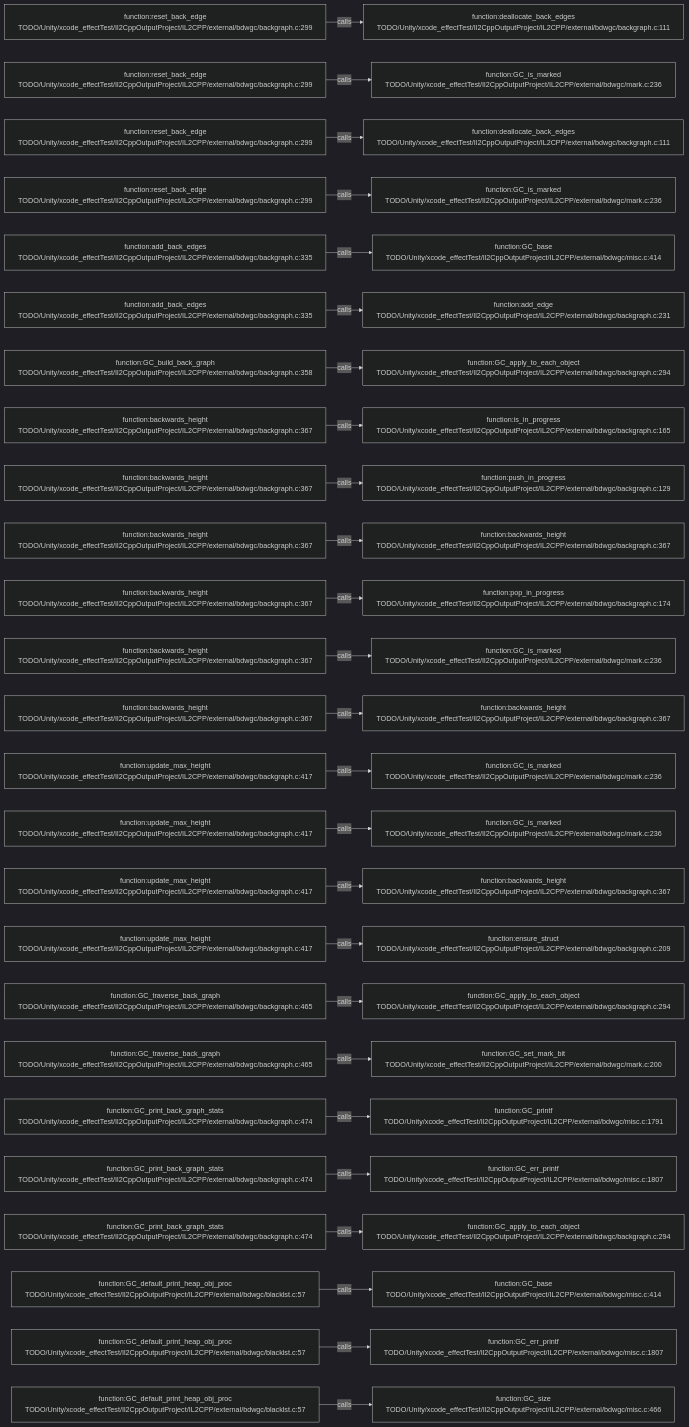
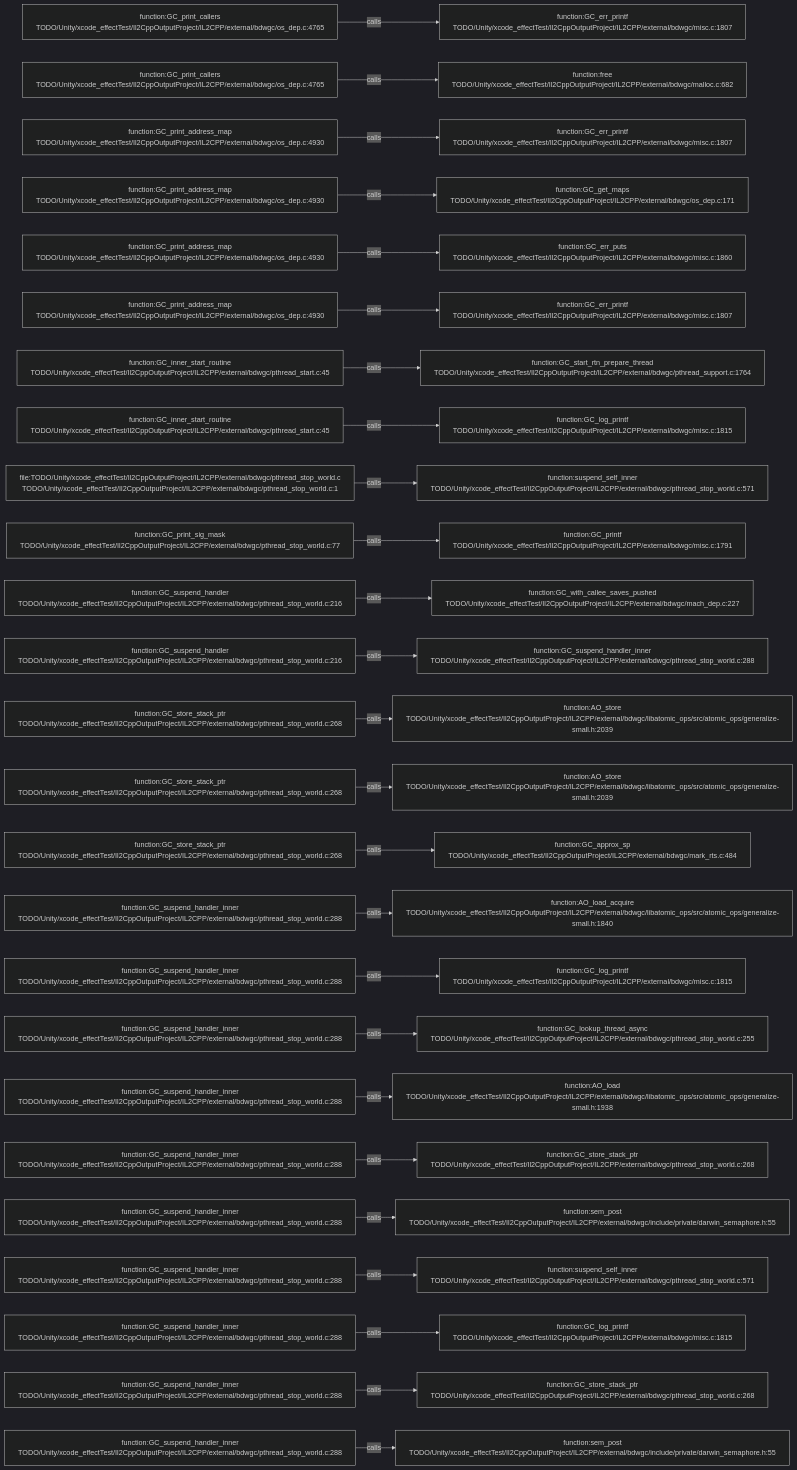
The diagram in .codegraph/codegraph.md/graphs/calls-148.md (JobsKits/JobsSwiftBaseConfigDemo), drawn with Mermaid (dark theme) before and after one commit. The commit also changed 227 other files, not shown here.

````diff
--- a/.codegraph/codegraph.md/graphs/calls-148.md
+++ b/.codegraph/codegraph.md/graphs/calls-148.md
@@ -13,78 +13,78 @@
 ```mermaid
 flowchart LR
-  S1["function:reset_back_edge<br/>TODO/Unity/xcode_effectTest/Il2CppOutputProject/IL2CPP/external/bdwgc/backgraph.c:299"]
-  T1["function:deallocate_back_edges<br/>TODO/Unity/xcode_effectTest/Il2CppOutputProject/IL2CPP/external/bdwgc/backgraph.c:111"]
+  S1["function:GC_print_callers<br/>TODO/Unity/xcode_effectTest/Il2CppOutputProject/IL2CPP/external/bdwgc/os_dep.c:4765"]
+  T1["function:GC_err_printf<br/>TODO/Unity/xcode_effectTest/Il2CppOutputProject/IL2CPP/external/bdwgc/misc.c:1807"]
   S1 -->|calls| T1
-  S2["function:reset_back_edge<br/>TODO/Unity/xcode_effectTest/Il2CppOutputProject/IL2CPP/external/bdwgc/backgraph.c:299"]
-  T2["function:GC_is_marked<br/>TODO/Unity/xcode_effectTest/Il2CppOutputProject/IL2CPP/external/bdwgc/mark.c:236"]
+  S2["function:GC_print_callers<br/>TODO/Unity/xcode_effectTest/Il2CppOutputProject/IL2CPP/external/bdwgc/os_dep.c:4765"]
+  T2["function:free<br/>TODO/Unity/xcode_effectTest/Il2CppOutputProject/IL2CPP/external/bdwgc/malloc.c:682"]
   S2 -->|calls| T2
-  S3["function:reset_back_edge<br/>TODO/Unity/xcode_effectTest/Il2CppOutputProject/IL2CPP/external/bdwgc/backgraph.c:299"]
-  T3["function:deallocate_back_edges<br/>TODO/Unity/xcode_effectTest/Il2CppOutputProject/IL2CPP/external/bdwgc/backgraph.c:111"]
+  S3["function:GC_print_address_map<br/>TODO/Unity/xcode_effectTest/Il2CppOutputProject/IL2CPP/external/bdwgc/os_dep.c:4930"]
+  T3["function:GC_err_printf<br/>TODO/Unity/xcode_effectTest/Il2CppOutputProject/IL2CPP/external/bdwgc/misc.c:1807"]
   S3 -->|calls| T3
-  S4["function:reset_back_edge<br/>TODO/Unity/xcode_effectTest/Il2CppOutputProject/IL2CPP/external/bdwgc/backgraph.c:299"]
-  T4["function:GC_is_marked<br/>TODO/Unity/xcode_effectTest/Il2CppOutputProject/IL2CPP/external/bdwgc/mark.c:236"]
+  S4["function:GC_print_address_map<br/>TODO/Unity/xcode_effectTest/Il2CppOutputProject/IL2CPP/external/bdwgc/os_dep.c:4930"]
+  T4["function:GC_get_maps<br/>TODO/Unity/xcode_effectTest/Il2CppOutputProject/IL2CPP/external/bdwgc/os_dep.c:171"]
   S4 -->|calls| T4
-  S5["function:add_back_edges<br/>TODO/Unity/xcode_effectTest/Il2CppOutputProject/IL2CPP/external/bdwgc/backgraph.c:335"]
-  T5["function:GC_base<br/>TODO/Unity/xcode_effectTest/Il2CppOutputProject/IL2CPP/external/bdwgc/misc.c:414"]
+  S5["function:GC_print_address_map<br/>TODO/Unity/xcode_effectTest/Il2CppOutputProject/IL2CPP/external/bdwgc/os_dep.c:4930"]
+  T5["function:GC_err_puts<br/>TODO/Unity/xcode_effectTest/Il2CppOutputProject/IL2CPP/external/bdwgc/misc.c:1860"]
   S5 -->|calls| T5
-  S6["function:add_back_edges<br/>TODO/Unity/xcode_effectTest/Il2CppOutputProject/IL2CPP/external/bdwgc/backgraph.c:335"]
-  T6["function:add_edge<br/>TODO/Unity/xcode_effectTest/Il2CppOutputProject/IL2CPP/external/bdwgc/backgraph.c:231"]
+  S6["function:GC_print_address_map<br/>TODO/Unity/xcode_effectTest/Il2CppOutputProject/IL2CPP/external/bdwgc/os_dep.c:4930"]
+  T6["function:GC_err_printf<br/>TODO/Unity/xcode_effectTest/Il2CppOutputProject/IL2CPP/external/bdwgc/misc.c:1807"]
   S6 -->|calls| T6
-  S7["function:GC_build_back_graph<br/>TODO/Unity/xcode_effectTest/Il2CppOutputProject/IL2CPP/external/bdwgc/backgraph.c:358"]
-  T7["function:GC_apply_to_each_object<br/>TODO/Unity/xcode_effectTest/Il2CppOutputProject/IL2CPP/external/bdwgc/backgraph.c:294"]
+  S7["function:GC_inner_start_routine<br/>TODO/Unity/xcode_effectTest/Il2CppOutputProject/IL2CPP/external/bdwgc/pthread_start.c:45"]
+  T7["function:GC_start_rtn_prepare_thread<br/>TODO/Unity/xcode_effectTest/Il2CppOutputProject/IL2CPP/external/bdwgc/pthread_support.c:1764"]
   S7 -->|calls| T7
-  S8["function:backwards_height<br/>TODO/Unity/xcode_effectTest/Il2CppOutputProject/IL2CPP/external/bdwgc/backgraph.c:367"]
-  T8["function:is_in_progress<br/>TODO/Unity/xcode_effectTest/Il2CppOutputProject/IL2CPP/external/bdwgc/backgraph.c:165"]
+  S8["function:GC_inner_start_routine<br/>TODO/Unity/xcode_effectTest/Il2CppOutputProject/IL2CPP/external/bdwgc/pthread_start.c:45"]
+  T8["function:GC_log_printf<br/>TODO/Unity/xcode_effectTest/Il2CppOutputProject/IL2CPP/external/bdwgc/misc.c:1815"]
   S8 -->|calls| T8
-  S9["function:backwards_height<br/>TODO/Unity/xcode_effectTest/Il2CppOutputProject/IL2CPP/external/bdwgc/backgraph.c:367"]
-  T9["function:push_in_progress<br/>TODO/Unity/xcode_effectTest/Il2CppOutputProject/IL2CPP/external/bdwgc/backgraph.c:129"]
+  S9["file:TODO/Unity/xcode_effectTest/Il2CppOutputProject/IL2CPP/external/bdwgc/pthread_stop_world.c<br/>TODO/Unity/xcode_effectTest/Il2CppOutputProject/IL2CPP/external/bdwgc/pthread_stop_world.c:1"]
+  T9["function:suspend_self_inner<br/>TODO/Unity/xcode_effectTest/Il2CppOutputProject/IL2CPP/external/bdwgc/pthread_stop_world.c:571"]
   S9 -->|calls| T9
-  S10["function:backwards_height<br/>TODO/Unity/xcode_effectTest/Il2CppOutputProject/IL2CPP/external/bdwgc/backgraph.c:367"]
-  T10["function:backwards_height<br/>TODO/Unity/xcode_effectTest/Il2CppOutputProject/IL2CPP/external/bdwgc/backgraph.c:367"]
+  S10["function:GC_print_sig_mask<br/>TODO/Unity/xcode_effectTest/Il2CppOutputProject/IL2CPP/external/bdwgc/pthread_stop_world.c:77"]
+  T10["function:GC_printf<br/>TODO/Unity/xcode_effectTest/Il2CppOutputProject/IL2CPP/external/bdwgc/misc.c:1791"]
   S10 -->|calls| T10
-  S11["function:backwards_height<br/>TODO/Unity/xcode_effectTest/Il2CppOutputProject/IL2CPP/external/bdwgc/backgraph.c:367"]
-  T11["function:pop_in_progress<br/>TODO/Unity/xcode_effectTest/Il2CppOutputProject/IL2CPP/external/bdwgc/backgraph.c:174"]
+  S11["function:GC_suspend_handler<br/>TODO/Unity/xcode_effectTest/Il2CppOutputProject/IL2CPP/external/bdwgc/pthread_stop_world.c:216"]
+  T11["function:GC_with_callee_saves_pushed<br/>TODO/Unity/xcode_effectTest/Il2CppOutputProject/IL2CPP/external/bdwgc/mach_dep.c:227"]
   S11 -->|calls| T11
-  S12["function:backwards_height<br/>TODO/Unity/xcode_effectTest/Il2CppOutputProject/IL2CPP/external/bdwgc/backgraph.c:367"]
-  T12["function:GC_is_marked<br/>TODO/Unity/xcode_effectTest/Il2CppOutputProject/IL2CPP/external/bdwgc/mark.c:236"]
+  S12["function:GC_suspend_handler<br/>TODO/Unity/xcode_effectTest/Il2CppOutputProject/IL2CPP/external/bdwgc/pthread_stop_world.c:216"]
+  T12["function:GC_suspend_handler_inner<br/>TODO/Unity/xcode_effectTest/Il2CppOutputProject/IL2CPP/external/bdwgc/pthread_stop_world.c:288"]
   S12 -->|calls| T12
-  S13["function:backwards_height<br/>TODO/Unity/xcode_effectTest/Il2CppOutputProject/IL2CPP/external/bdwgc/backgraph.c:367"]
-  T13["function:backwards_height<br/>TODO/Unity/xcode_effectTest/Il2CppOutputProject/IL2CPP/external/bdwgc/backgraph.c:367"]
+  S13["function:GC_store_stack_ptr<br/>TODO/Unity/xcode_effectTest/Il2CppOutputProject/IL2CPP/external/bdwgc/pthread_stop_world.c:268"]
+  T13["function:AO_store<br/>TODO/Unity/xcode_effectTest/Il2CppOutputProject/IL2CPP/external/bdwgc/libatomic_ops/src/atomic_ops/generalize-small.h:2039"]
   S13 -->|calls| T13
-  S14["function:update_max_height<br/>TODO/Unity/xcode_effectTest/Il2CppOutputProject/IL2CPP/external/bdwgc/backgraph.c:417"]
-  T14["function:GC_is_marked<br/>TODO/Unity/xcode_effectTest/Il2CppOutputProject/IL2CPP/external/bdwgc/mark.c:236"]
+  S14["function:GC_store_stack_ptr<br/>TODO/Unity/xcode_effectTest/Il2CppOutputProject/IL2CPP/external/bdwgc/pthread_stop_world.c:268"]
+  T14["function:AO_store<br/>TODO/Unity/xcode_effectTest/Il2CppOutputProject/IL2CPP/external/bdwgc/libatomic_ops/src/atomic_ops/generalize-small.h:2039"]
   S14 -->|calls| T14
-  S15["function:update_max_height<br/>TODO/Unity/xcode_effectTest/Il2CppOutputProject/IL2CPP/external/bdwgc/backgraph.c:417"]
-  T15["function:GC_is_marked<br/>TODO/Unity/xcode_effectTest/Il2CppOutputProject/IL2CPP/external/bdwgc/mark.c:236"]
+  S15["function:GC_store_stack_ptr<br/>TODO/Unity/xcode_effectTest/Il2CppOutputProject/IL2CPP/external/bdwgc/pthread_stop_world.c:268"]
+  T15["function:GC_approx_sp<br/>TODO/Unity/xcode_effectTest/Il2CppOutputProject/IL2CPP/external/bdwgc/mark_rts.c:484"]
   S15 -->|calls| T15
-  S16["function:update_max_height<br/>TODO/Unity/xcode_effectTest/Il2CppOutputProject/IL2CPP/external/bdwgc/backgraph.c:417"]
-  T16["function:backwards_height<br/>TODO/Unity/xcode_effectTest/Il2CppOutputProject/IL2CPP/external/bdwgc/backgraph.c:367"]
+  S16["function:GC_suspend_handler_inner<br/>TODO/Unity/xcode_effectTest/Il2CppOutputProject/IL2CPP/external/bdwgc/pthread_stop_world.c:288"]
+  T16["function:AO_load_acquire<br/>TODO/Unity/xcode_effectTest/Il2CppOutputProject/IL2CPP/external/bdwgc/libatomic_ops/src/atomic_ops/generalize-small.h:1840"]
   S16 -->|calls| T16
-  S17["function:update_max_height<br/>TODO/Unity/xcode_effectTest/Il2CppOutputProject/IL2CPP/external/bdwgc/backgraph.c:417"]
-  T17["function:ensure_struct<br/>TODO/Unity/xcode_effectTest/Il2CppOutputProject/IL2CPP/external/bdwgc/backgraph.c:209"]
+  S17["function:GC_suspend_handler_inner<br/>TODO/Unity/xcode_effectTest/Il2CppOutputProject/IL2CPP/external/bdwgc/pthread_stop_world.c:288"]
+  T17["function:GC_log_printf<br/>TODO/Unity/xcode_effectTest/Il2CppOutputProject/IL2CPP/external/bdwgc/misc.c:1815"]
   S17 -->|calls| T17
-  S18["function:GC_traverse_back_graph<br/>TODO/Unity/xcode_effectTest/Il2CppOutputProject/IL2CPP/external/bdwgc/backgraph.c:465"]
-  T18["function:GC_apply_to_each_object<br/>TODO/Unity/xcode_effectTest/Il2CppOutputProject/IL2CPP/external/bdwgc/backgraph.c:294"]
+  S18["function:GC_suspend_handler_inner<br/>TODO/Unity/xcode_effectTest/Il2CppOutputProject/IL2CPP/external/bdwgc/pthread_stop_world.c:288"]
+  T18["function:GC_lookup_thread_async<br/>TODO/Unity/xcode_effectTest/Il2CppOutputProject/IL2CPP/external/bdwgc/pthread_stop_world.c:255"]
   S18 -->|calls| T18
-  S19["function:GC_traverse_back_graph<br/>TODO/Unity/xcode_effectTest/Il2CppOutputProject/IL2CPP/external/bdwgc/backgraph.c:465"]
-  T19["function:GC_set_mark_bit<br/>TODO/Unity/xcode_effectTest/Il2CppOutputProject/IL2CPP/external/bdwgc/mark.c:200"]
+  S19["function:GC_suspend_handler_inner<br/>TODO/Unity/xcode_effectTest/Il2CppOutputProject/IL2CPP/external/bdwgc/pthread_stop_world.c:288"]
+  T19["function:AO_load<br/>TODO/Unity/xcode_effectTest/Il2CppOutputProject/IL2CPP/external/bdwgc/libatomic_ops/src/atomic_ops/generalize-small.h:1938"]
   S19 -->|calls| T19
-  S20["function:GC_print_back_graph_stats<br/>TODO/Unity/xcode_effectTest/Il2CppOutputProject/IL2CPP/external/bdwgc/backgraph.c:474"]
-  T20["function:GC_printf<br/>TODO/Unity/xcode_effectTest/Il2CppOutputProject/IL2CPP/external/bdwgc/misc.c:1791"]
+  S20["function:GC_suspend_handler_inner<br/>TODO/Unity/xcode_effectTest/Il2CppOutputProject/IL2CPP/external/bdwgc/pthread_stop_world.c:288"]
+  T20["function:GC_store_stack_ptr<br/>TODO/Unity/xcode_effectTest/Il2CppOutputProject/IL2CPP/external/bdwgc/pthread_stop_world.c:268"]
   S20 -->|calls| T20
-  S21["function:GC_print_back_graph_stats<br/>TODO/Unity/xcode_effectTest/Il2CppOutputProject/IL2CPP/external/bdwgc/backgraph.c:474"]
-  T21["function:GC_err_printf<br/>TODO/Unity/xcode_effectTest/Il2CppOutputProject/IL2CPP/external/bdwgc/misc.c:1807"]
+  S21["function:GC_suspend_handler_inner<br/>TODO/Unity/xcode_effectTest/Il2CppOutputProject/IL2CPP/external/bdwgc/pthread_stop_world.c:288"]
+  T21["function:sem_post<br/>TODO/Unity/xcode_effectTest/Il2CppOutputProject/IL2CPP/external/bdwgc/include/private/darwin_semaphore.h:55"]
   S21 -->|calls| T21
-  S22["function:GC_print_back_graph_stats<br/>TODO/Unity/xcode_effectTest/Il2CppOutputProject/IL2CPP/external/bdwgc/backgraph.c:474"]
-  T22["function:GC_apply_to_each_object<br/>TODO/Unity/xcode_effectTest/Il2CppOutputProject/IL2CPP/external/bdwgc/backgraph.c:294"]
+  S22["function:GC_suspend_handler_inner<br/>TODO/Unity/xcode_effectTest/Il2CppOutputProject/IL2CPP/external/bdwgc/pthread_stop_world.c:288"]
+  T22["function:suspend_self_inner<br/>TODO/Unity/xcode_effectTest/Il2CppOutputProject/IL2CPP/external/bdwgc/pthread_stop_world.c:571"]
   S22 -->|calls| T22
-  S23["function:GC_default_print_heap_obj_proc<br/>TODO/Unity/xcode_effectTest/Il2CppOutputProject/IL2CPP/external/bdwgc/blacklst.c:57"]
-  T23["function:GC_base<br/>TODO/Unity/xcode_effectTest/Il2CppOutputProject/IL2CPP/external/bdwgc/misc.c:414"]
+  S23["function:GC_suspend_handler_inner<br/>TODO/Unity/xcode_effectTest/Il2CppOutputProject/IL2CPP/external/bdwgc/pthread_stop_world.c:288"]
+  T23["function:GC_log_printf<br/>TODO/Unity/xcode_effectTest/Il2CppOutputProject/IL2CPP/external/bdwgc/misc.c:1815"]
   S23 -->|calls| T23
-  S24["function:GC_default_print_heap_obj_proc<br/>TODO/Unity/xcode_effectTest/Il2CppOutputProject/IL2CPP/external/bdwgc/blacklst.c:57"]
-  T24["function:GC_err_printf<br/>TODO/Unity/xcode_effectTest/Il2CppOutputProject/IL2CPP/external/bdwgc/misc.c:1807"]
+  S24["function:GC_suspend_handler_inner<br/>TODO/Unity/xcode_effectTest/Il2CppOutputProject/IL2CPP/external/bdwgc/pthread_stop_world.c:288"]
+  T24["function:GC_store_stack_ptr<br/>TODO/Unity/xcode_effectTest/Il2CppOutputProject/IL2CPP/external/bdwgc/pthread_stop_world.c:268"]
   S24 -->|calls| T24
-  S25["function:GC_default_print_heap_obj_proc<br/>TODO/Unity/xcode_effectTest/Il2CppOutputProject/IL2CPP/external/bdwgc/blacklst.c:57"]
-  T25["function:GC_size<br/>TODO/Unity/xcode_effectTest/Il2CppOutputProject/IL2CPP/external/bdwgc/misc.c:466"]
+  S25["function:GC_suspend_handler_inner<br/>TODO/Unity/xcode_effectTest/Il2CppOutputProject/IL2CPP/external/bdwgc/pthread_stop_world.c:288"]
+  T25["function:sem_post<br/>TODO/Unity/xcode_effectTest/Il2CppOutputProject/IL2CPP/external/bdwgc/include/private/darwin_semaphore.h:55"]
   S25 -->|calls| T25
 ```
````
